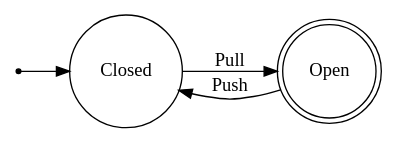
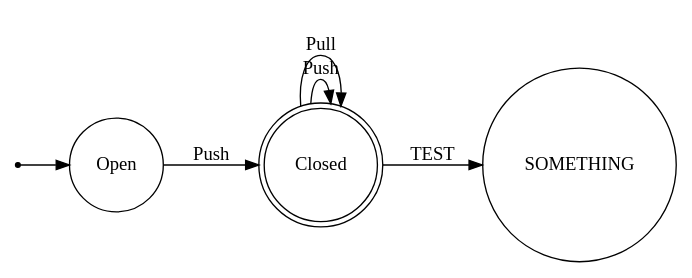
One commit to P4-Group2-Compiler/P4-State-Lang changed the diagram in output/DOT/graph.gv. Above: the diagram before and after it, drawn with Graphviz. The commit also changed 6 other files, not shown here.

```diff
--- a/output/DOT/graph.gv
+++ b/output/DOT/graph.gv
@@ -1,9 +1,11 @@
-digraph A {
+digraph M {
  rankdir = LR;
  node [shape = circle;];
  null [shape = point;];
-null -> Closed;
-Closed -> Open [label="Pull"];
+null -> Open;
 Open -> Closed [label="Push"];
-Open [shape = doublecircle;];
+Closed -> Closed [label="Push"];
+Closed -> Closed [label="Pull"];
+Closed -> SOMETHING [label="TEST"];
+Closed [shape = doublecircle;];
 }
```
